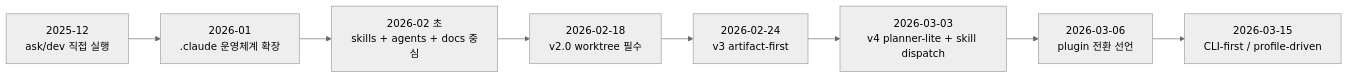
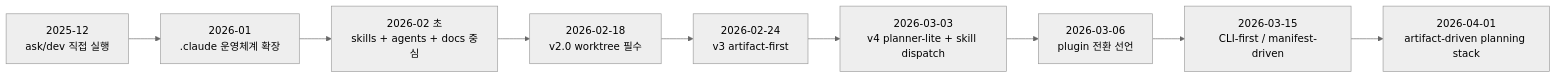
One commit to SeoJaeWan/try-claude-code changed the first of 14 diagrams in docs/claude-code-workflow-evolution.md. Above: the diagram before and after it, drawn with Mermaid (neutral theme). The commit also changed other lines of this file and 1 other file, not shown here.

````diff
--- a/docs/claude-code-workflow-evolution.md
+++ b/docs/claude-code-workflow-evolution.md
@@ -34,13 +34,14 @@
 ```mermaid
 flowchart LR
     A["2025-12<br/>ask/dev 직접 실행"]
     B["2026-01<br/>.claude 운영체계 확장"]
     C["2026-02 초<br/>skills + agents + docs 중심"]
     D["2026-02-18<br/>v2.0 worktree 필수"]
     E["2026-02-24<br/>v3 artifact-first"]
     F["2026-03-03<br/>v4 planner-lite + skill dispatch"]
     G["2026-03-06<br/>plugin 전환 선언"]
-    H["2026-03-15<br/>CLI-first / profile-driven"]
+    H["2026-03-15<br/>CLI-first / manifest-driven"]
+    I["2026-04-01<br/>artifact-driven planning stack"]
 
-    A --> B --> C --> D --> E --> F --> G --> H
+    A --> B --> C --> D --> E --> F --> G --> H --> I
 ```
````
